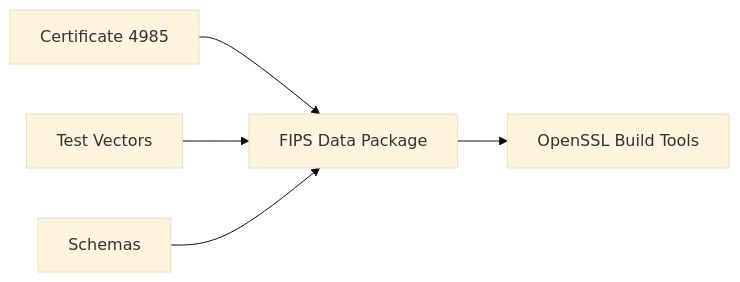
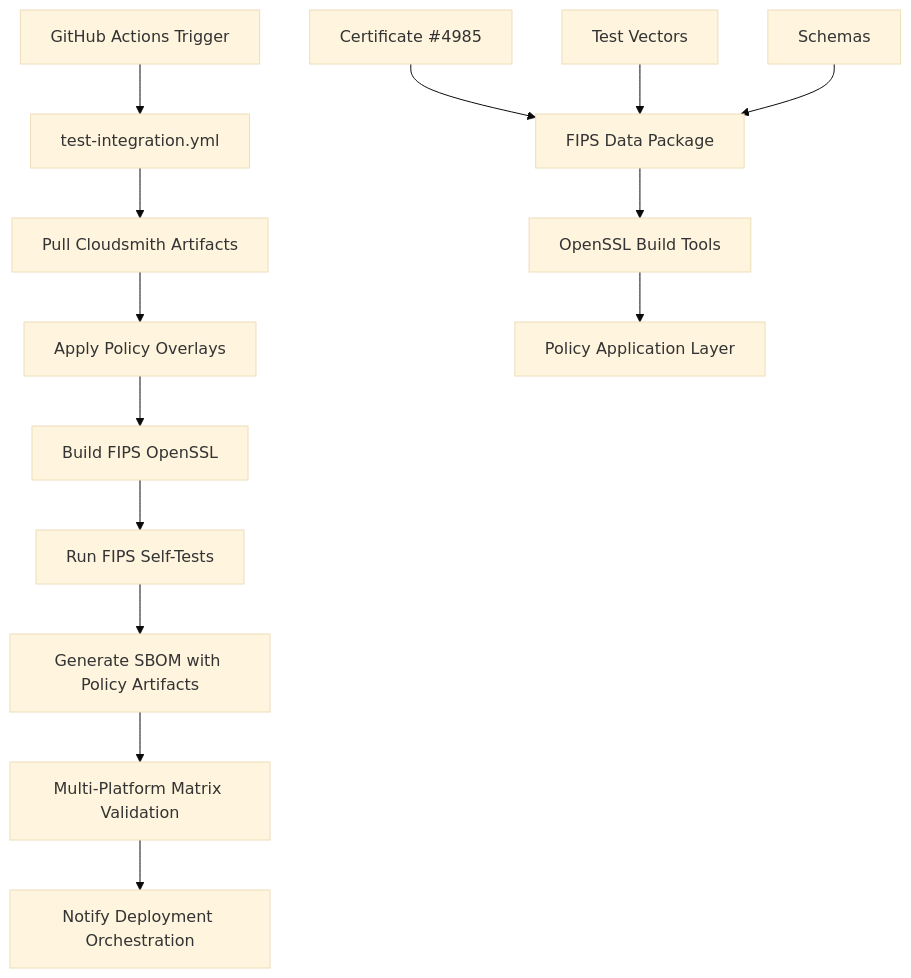
Before and after one commit to sparesparrow/openssl-fips-policy: the diagram in README.md, drawn with Mermaid (base theme). The commit also changed other lines of this file and 5 other files, not shown here.

Commit message:
feat: Implement FIPS validation and multi-platform testing (#5)

````diff
--- a/README.md
+++ b/README.md
@@ -43,7 +96,17 @@
 ```mermaid
-graph LR
-  A[Certificate 4985] --> D[FIPS Data Package]
-  B[Test Vectors] --> D
-  C[Schemas] --> D
-  D --> E[OpenSSL Build Tools]
+graph TD
+  A[GitHub Actions Trigger] --> B[test-integration.yml]
+  B --> C[Pull Cloudsmith Artifacts]
+  C --> D[Apply Policy Overlays]
+  D --> E[Build FIPS OpenSSL]
+  E --> F[Run FIPS Self-Tests]
+  F --> G[Generate SBOM with Policy Artifacts]
+  G --> H[Multi-Platform Matrix Validation]
+  H --> I[Notify Deployment Orchestration]
+  
+  J[Certificate #4985] --> K[FIPS Data Package]
+  L[Test Vectors] --> K
+  M[Schemas] --> K
+  K --> N[OpenSSL Build Tools]
+  N --> O[Policy Application Layer]
 ```
````
